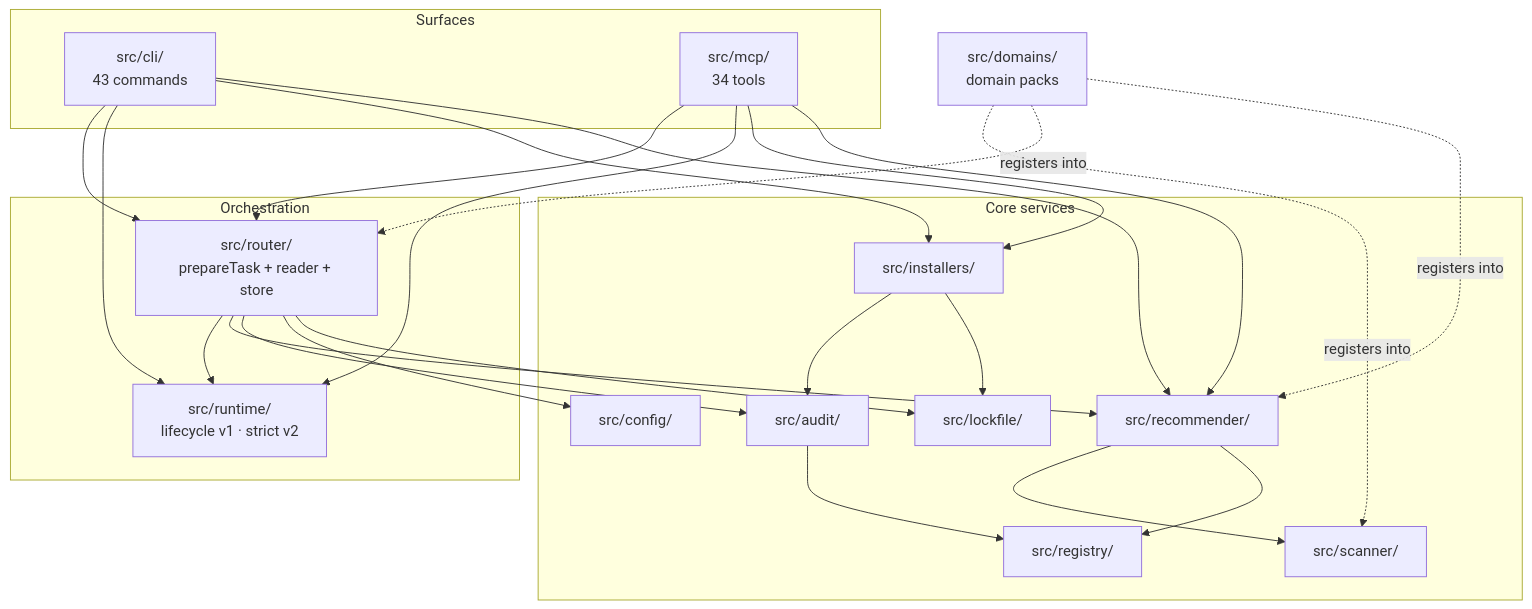
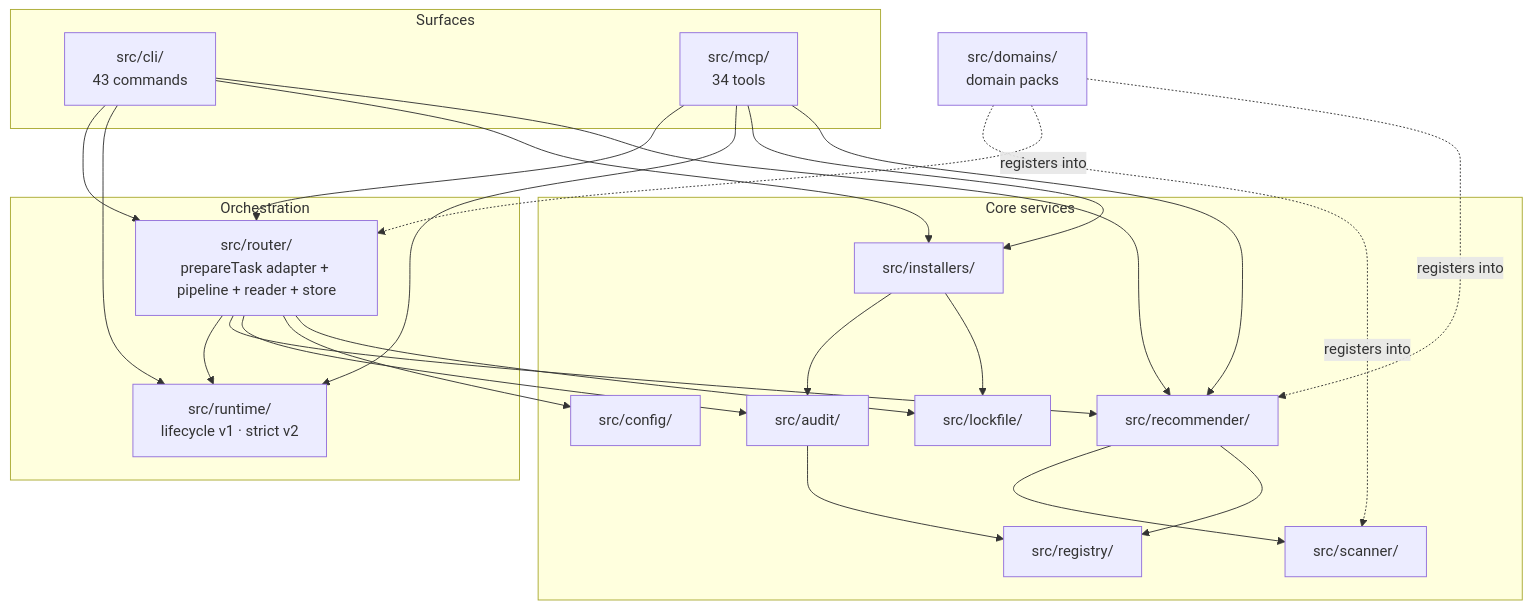
Before and after one commit to Narek-Khachikyan/SkillRanger: the first of 2 diagrams in docs/ARCHITECTURE.md, drawn with Mermaid. The commit also changed other lines of this file and 6 other files, not shown here.

First line of the commit message:
refactor(router): extract the routing pipeline module (#112)

````diff
--- a/docs/ARCHITECTURE.md
+++ b/docs/ARCHITECTURE.md
@@ -53,43 +53,43 @@
 ```mermaid
 graph TD
   subgraph Surfaces
     CLI["src/cli/<br/>43 commands"]
     MCP["src/mcp/<br/>34 tools"]
   end
   subgraph Orchestration
-    ROUTER["src/router/<br/>prepareTask + reader + store"]
+    ROUTER["src/router/<br/>prepareTask adapter + pipeline + reader + store"]
     RUNTIME["src/runtime/<br/>lifecycle v1 · strict v2"]
   end
   subgraph "Core services"
     SCAN["src/scanner/"]
     REC["src/recommender/"]
     REG["src/registry/"]
     AUDIT["src/audit/"]
     INST["src/installers/"]
     LOCK["src/lockfile/"]
     CONF["src/config/"]
   end
   DOM["src/domains/<br/>domain packs"]
 
   CLI --> ROUTER
   CLI --> RUNTIME
   CLI --> INST
   CLI --> REC
   MCP --> ROUTER
   MCP --> RUNTIME
   MCP --> INST
   MCP --> REC
   ROUTER --> RUNTIME
   ROUTER --> REC
   ROUTER --> AUDIT
   ROUTER --> CONF
   ROUTER --> LOCK
   REC --> SCAN
   REC --> REG
   AUDIT --> REG
   INST --> AUDIT
   INST --> LOCK
   DOM -.->|registers into| SCAN
   DOM -.->|registers into| ROUTER
   DOM -.->|registers into| REC
 ```
````
